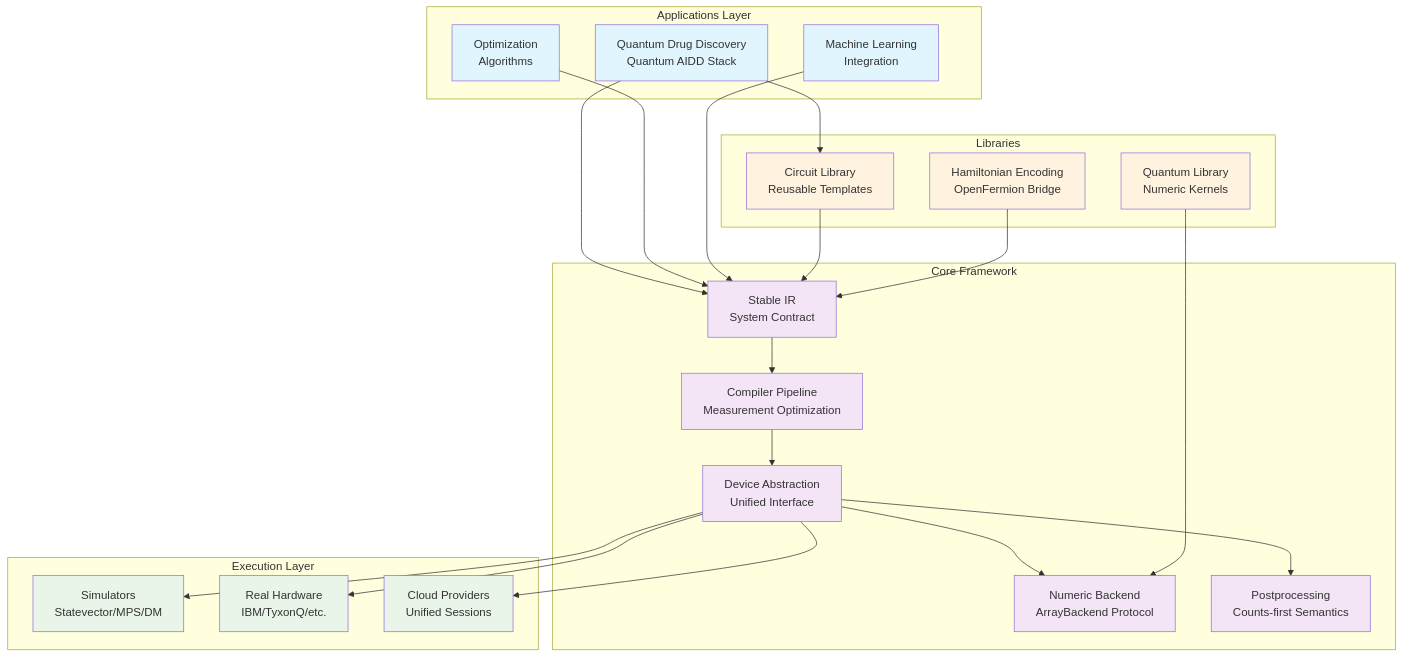
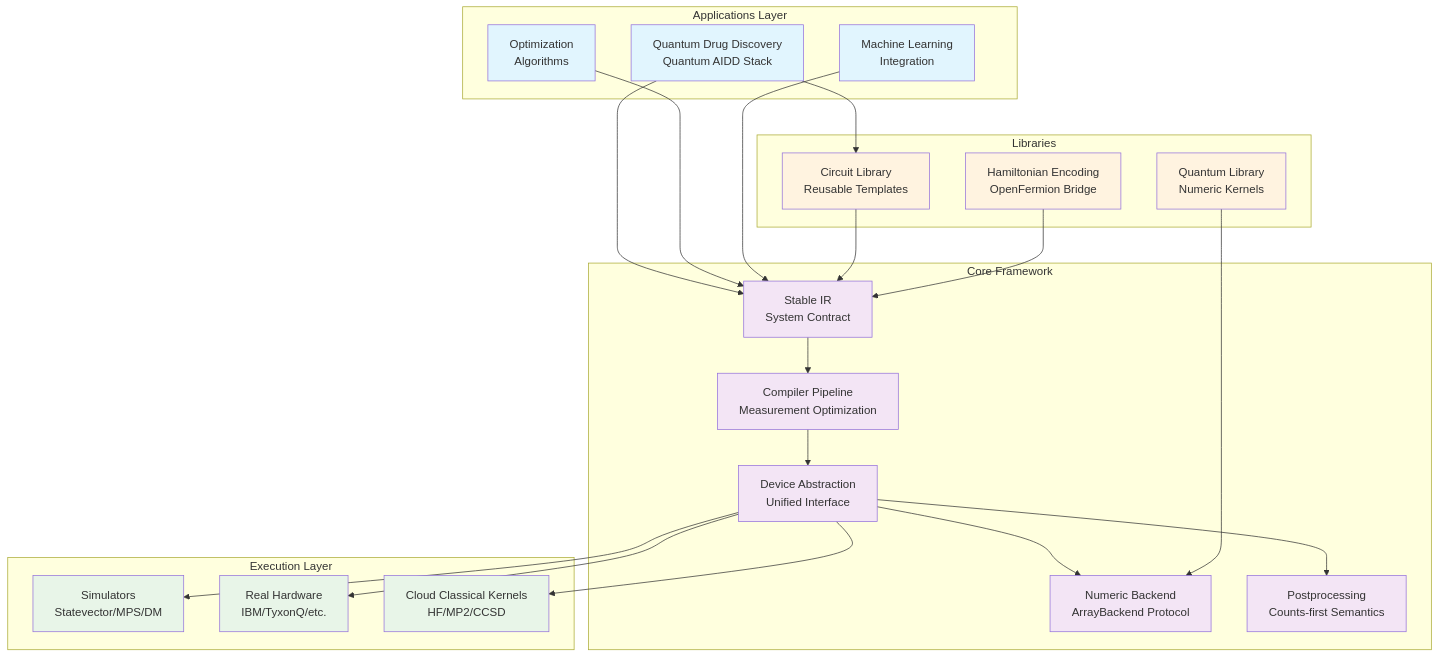
One commit to QureGenAI-Biotech/TyxonQ changed the first of 4 diagrams in TYXONQ_TECHNICAL_WHITEPAPER.md. Above: the diagram before and after it, drawn with Mermaid. The commit also changed other lines of this file, not shown here.

````diff
--- a/TYXONQ_TECHNICAL_WHITEPAPER.md
+++ b/TYXONQ_TECHNICAL_WHITEPAPER.md
@@ -76,57 +78,57 @@
 ```mermaid
 graph TB
     subgraph "Applications Layer"
         A1[Quantum Drug Discovery<br/>Quantum AIDD Stack]
         A2[Optimization<br/>Algorithms]
         A3[Machine Learning<br/>Integration]
     end
     
     subgraph "Core Framework"
         B1[Stable IR<br/>System Contract]
         B2[Compiler Pipeline<br/>Measurement Optimization]
         B3[Device Abstraction<br/>Unified Interface]
         B4[Numeric Backend<br/>ArrayBackend Protocol]
         B5[Postprocessing<br/>Counts-first Semantics]
     end
     
     subgraph "Execution Layer"
         C1[Simulators<br/>Statevector/MPS/DM]
         C2[Real Hardware<br/>IBM/TyxonQ/etc.]
-        C3[Cloud Providers<br/>Unified Sessions]
+        C3[Cloud Classical Kernels<br/>HF/MP2/CCSD]
     end
     
     subgraph "Libraries"
         D1[Circuit Library<br/>Reusable Templates]
         D2[Quantum Library<br/>Numeric Kernels]
         D3[Hamiltonian Encoding<br/>OpenFermion Bridge]
     end
     
     %% Core data flow
     A1 --> B1
     A2 --> B1
     A3 --> B1
     
     B1 --> B2
     B2 --> B3
     B3 --> B4
     B3 --> B5
     
     B3 --> C1
     B3 --> C2
     B3 --> C3
     
     A1 --> D1
     D1 --> B1
     D2 --> B4
     D3 --> B1
     
     classDef application fill:#e1f5fe
     classDef core fill:#f3e5f5
     classDef execution fill:#e8f5e8
     classDef library fill:#fff3e0
     
     class A1,A2,A3 application
     class B1,B2,B3,B4,B5 core
     class C1,C2,C3 execution
     class D1,D2,D3 library
 ```
````
